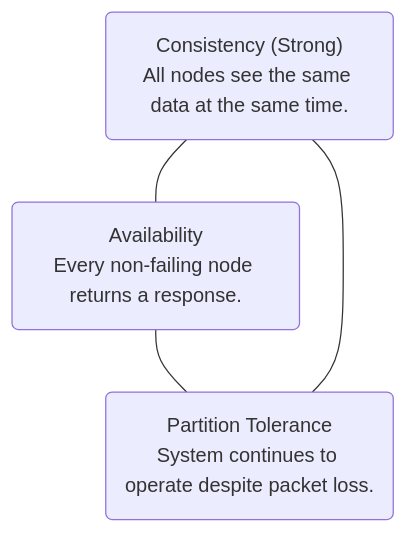
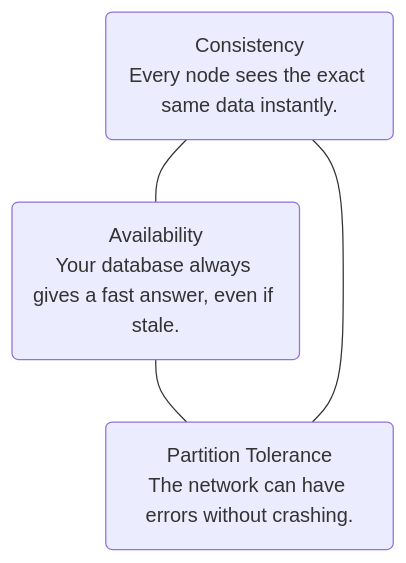
One commit to PKRacha/system-design changed the first of 3 diagrams in basics/02_databases_caching.md. Above: the diagram before and after it, drawn with Mermaid. The commit also changed other lines of this file and 6 other files, not shown here.

Commit message:
docs: simplify all system design showcase modules to 8th-grade English style

````diff
--- a/basics/02_databases_caching.md
+++ b/basics/02_databases_caching.md
@@ -14,12 +14,12 @@
 ```mermaid
 graph TD
     %% Nodes
-    C("Consistency (Strong)<br>All nodes see the same data at the same time.")
-    A("Availability<br>Every non-failing node returns a response.")
-    P("Partition Tolerance<br>System continues to operate despite packet loss.")
+    C("Consistency<br>Every node sees the exact same data instantly.")
+    A("Availability<br>Your database always gives a fast answer, even if stale.")
+    P("Partition Tolerance<br>The network can have errors without crashing.")
     
     %% Overlaps
     C --- A
     A --- P
     P --- C
 ```
````
